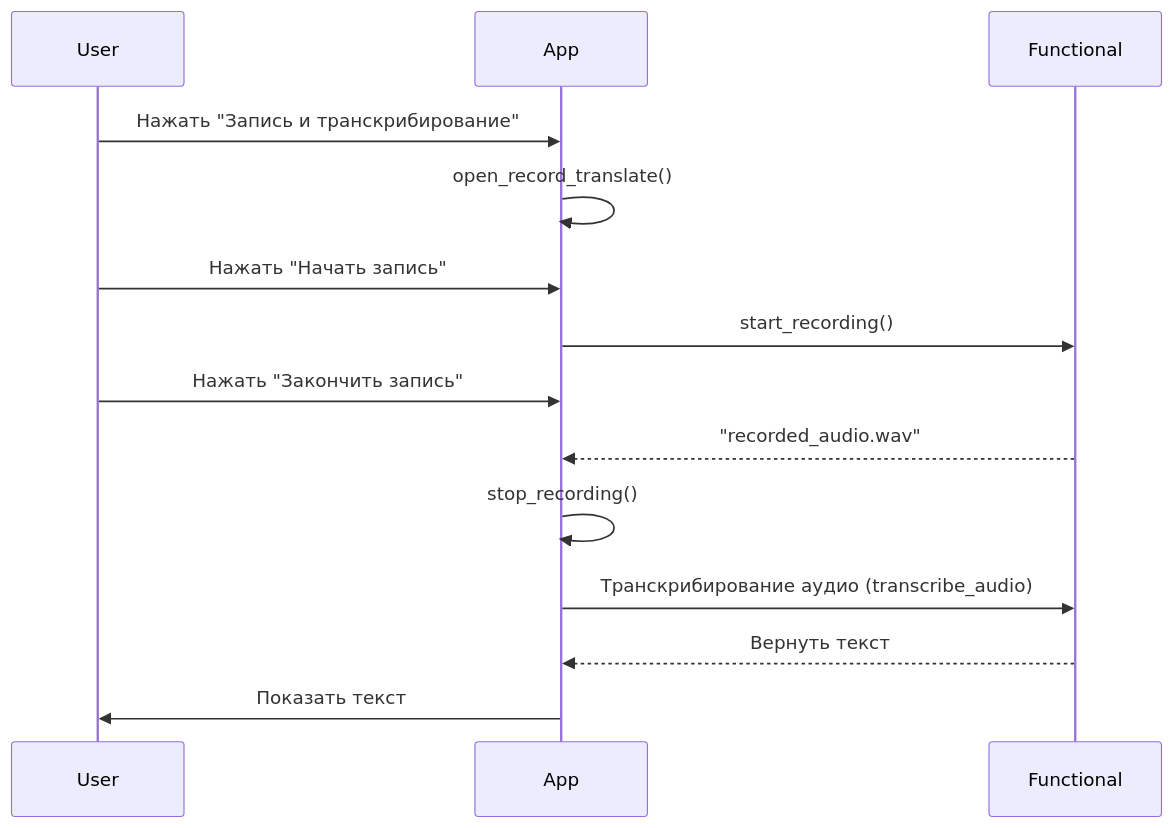
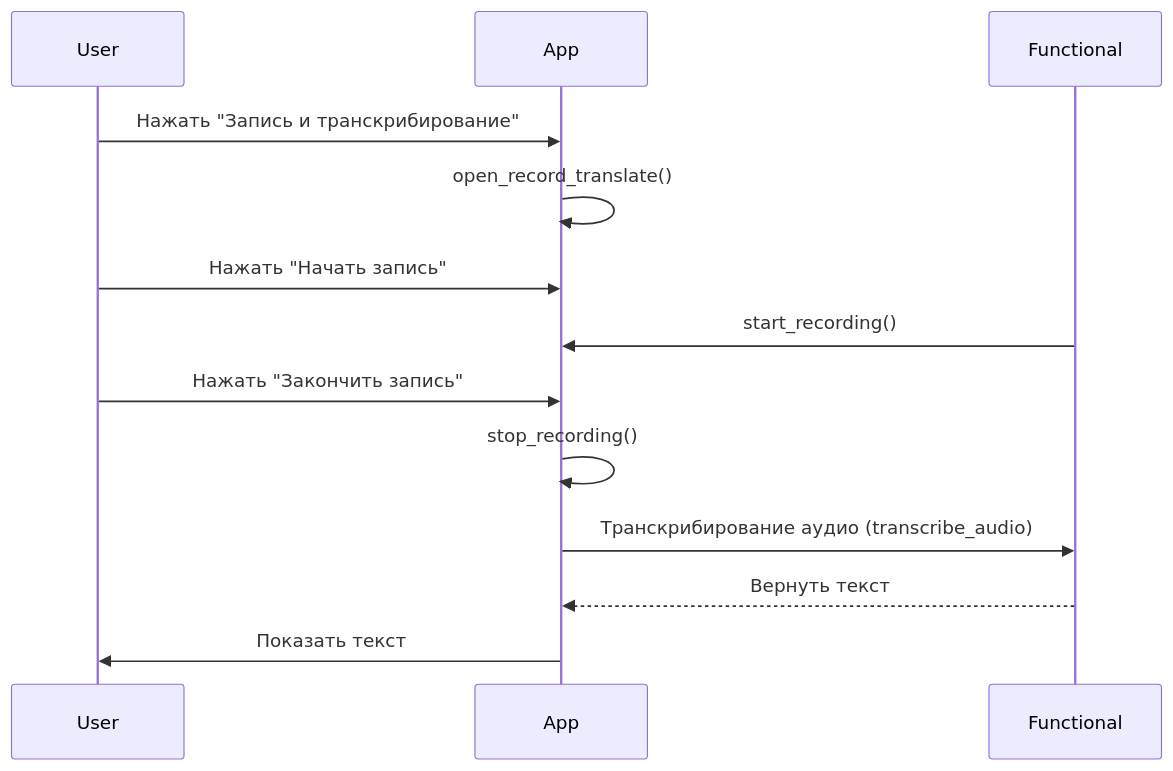
Before and after one commit to Retnug228/Lab3Orpo: the fourth of 6 diagrams in docs/behavior.md, drawn with Mermaid.

````diff
--- a/docs/behavior.md
+++ b/docs/behavior.md
@@ -81,18 +81,16 @@
 ```mermaid
 sequenceDiagram
     participant User
     participant App
     participant Functional
     
     User ->> App: Нажать "Запись и транскрибирование"
     App ->> App: open_record_translate()
     User ->> App: Нажать "Начать запись"
-    App ->> Functional: start_recording()
-    
+    Functional ->> App: start_recording()
     User ->> App: Нажать "Закончить запись"
-    Functional -->> App: "recorded_audio.wav"
     App ->> App: stop_recording()
     App ->> Functional: Транскрибирование аудио (transcribe_audio)
     Functional -->> App: Вернуть текст
     App ->> User: Показать текст
 ```
````
